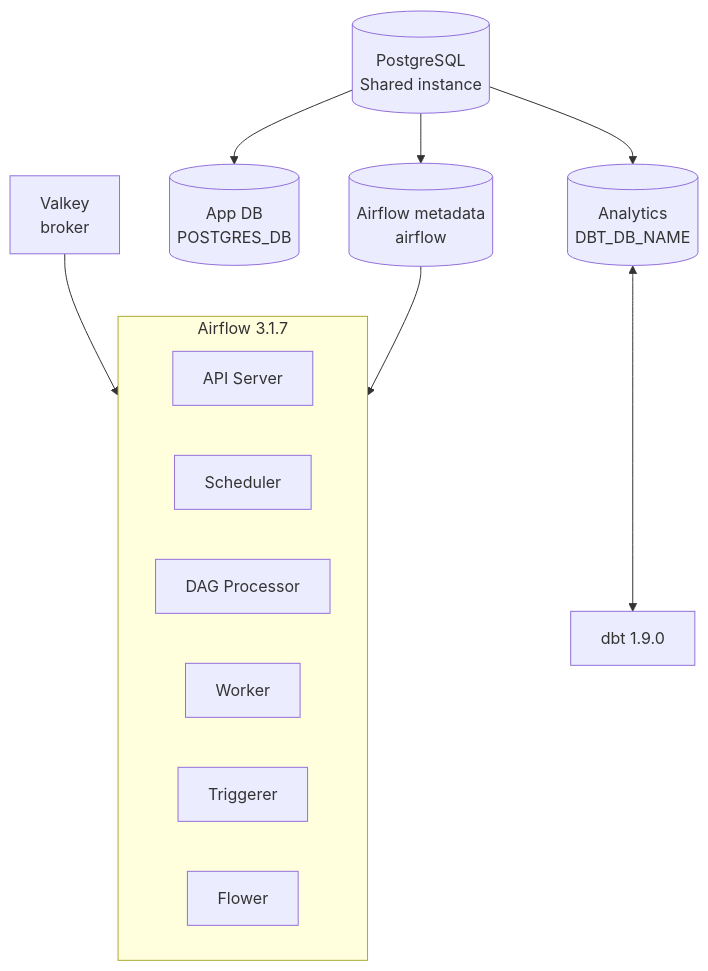
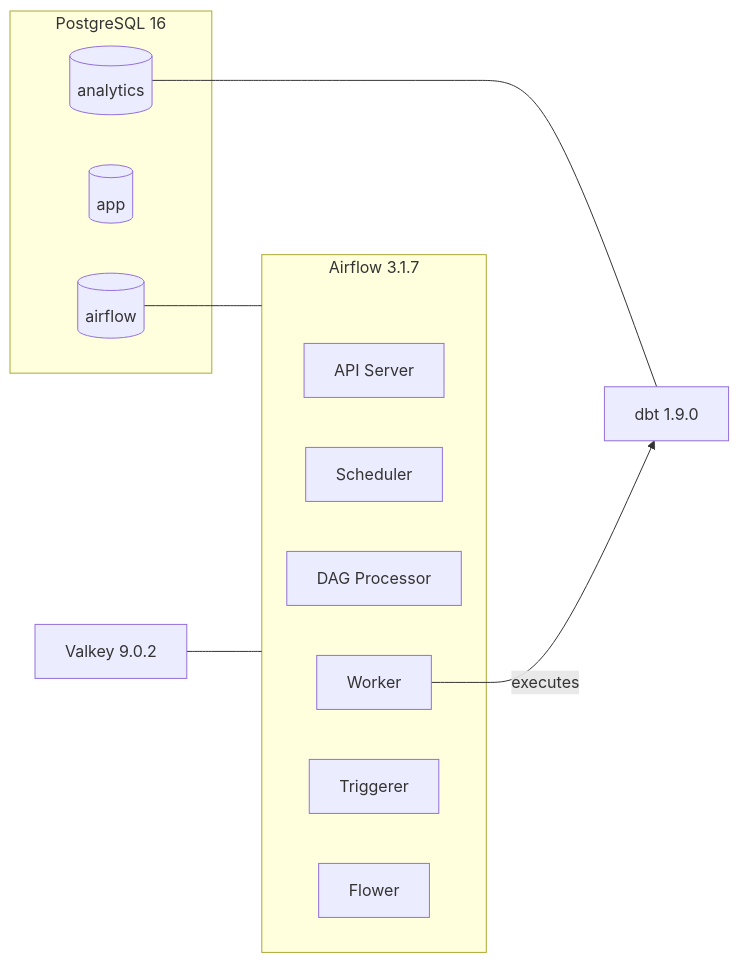
Before and after one commit to esterfb3397/package-python-ebury-interview: the third of 3 diagrams in README.md, drawn with Mermaid.

Commit message:
fix visualitzation

````diff
--- a/README.md
+++ b/README.md
@@ -145,21 +145,25 @@
 ```mermaid
-graph TD
-    PG[(PostgreSQL\nShared instance)] --> AirflowDB[(Airflow metadata\nairflow)]
-    PG --> AppDB[(App DB\nPOSTGRES_DB)]
-    PG --> AnalyticsDB[(Analytics\nDBT_DB_NAME)]
-
-    AnalyticsDB <--> dbt[dbt 1.9.0]
-
-    Valkey[Valkey\nbroker] --> Airflow
-
-    AirflowDB --> Airflow
+graph LR
+    subgraph PostgreSQL [PostgreSQL 16]
+        AirflowDB[(airflow)]
+        AppDB[(app)]
+        AnalyticsDB[(analytics)]
+    end
 
     subgraph Airflow [Airflow 3.1.7]
         APIServer[API Server]
         Scheduler
         DAGProc[DAG Processor]
         Worker
         Triggerer
         Flower
     end
+
+    dbt[dbt 1.9.0]
+    Valkey[Valkey 9.0.2]
+
+    AirflowDB --- Airflow
+    Valkey --- Airflow
+    AnalyticsDB --- dbt
+    Worker -- executes --> dbt
 ```
````
